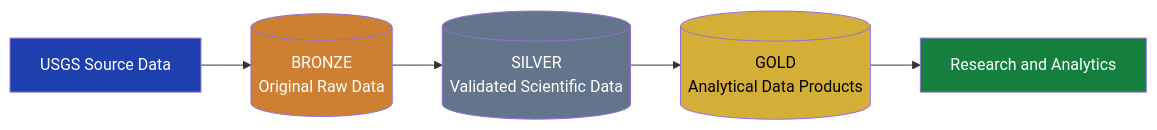
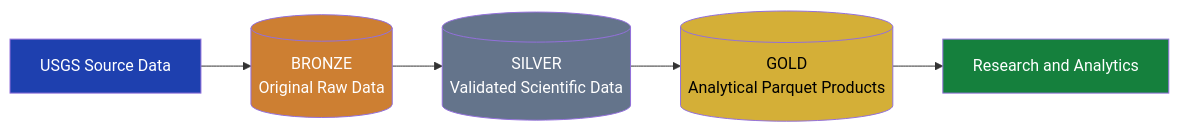
Before and after one commit to blkpvnthr/scientific-event-lakehouse: diagram 21 of 24 in README.md, drawn with Mermaid. The commit also changed other lines of this file and 3 other files, not shown here.

First line of the commit message:
docs: finalize v1.0 lakehouse architecture, Mermaid diagrams, and technical documentation

````diff
--- a/README.md
+++ b/README.md
@@ -1414,18 +1543,18 @@
 ```mermaid
 flowchart LR
     A[USGS Source Data]
 
     A --> B[("BRONZE<br/>Original Raw Data")]
 
     B --> C[("SILVER<br/>Validated Scientific Data")]
 
-    C --> D[("GOLD<br/>Analytical Data Products")]
+    C --> D[("GOLD<br/>Analytical Parquet Products")]
 
     D --> E[Research and Analytics]
 
     style A fill:#1E40AF,color:#fff
     style B fill:#CD7F32,color:#fff
     style C fill:#64748B,color:#fff
     style D fill:#D4AF37,color:#000
     style E fill:#15803D,color:#fff
 ```
````
